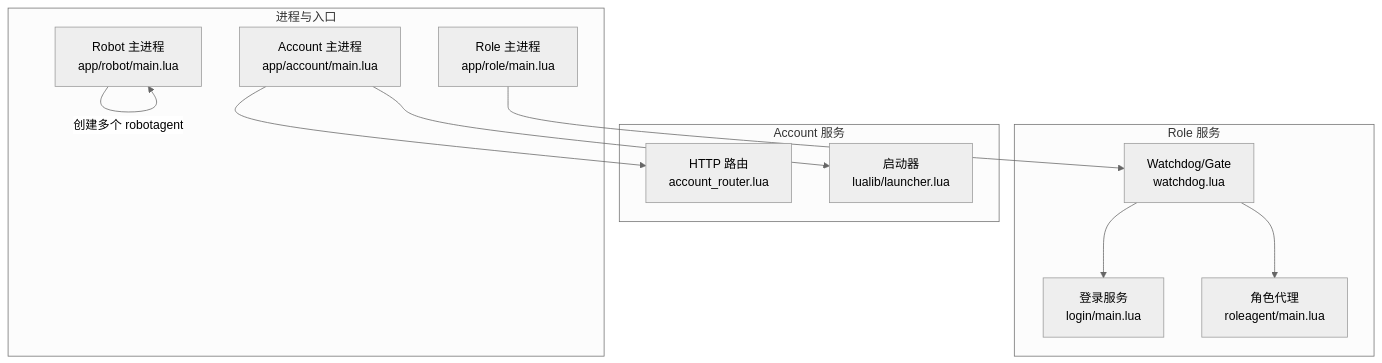
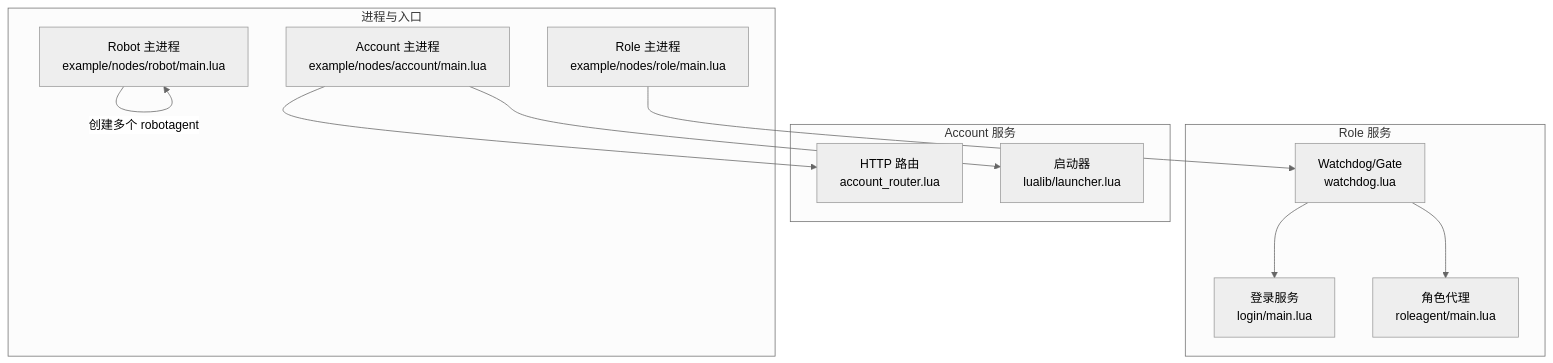
One commit to hanxi/skyext changed the first of 5 diagrams in docs/repowiki/zh/content/服务模块/服务模块.md. Above: the diagram before and after it, drawn with Mermaid (neutral theme). The commit also changed other lines of this file and 117 other files, not shown here.

````diff
--- a/docs/repowiki/zh/content/服务模块/服务模块.md
+++ b/docs/repowiki/zh/content/服务模块/服务模块.md
@@ -45,23 +45,23 @@
 ```mermaid
 graph TB
 subgraph "进程与入口"
-A["Account 主进程<br/>app/account/main.lua"]
-B["Role 主进程<br/>app/role/main.lua"]
-C["Robot 主进程<br/>app/robot/main.lua"]
+A["Account 主进程<br/>example/nodes/account/main.lua"]
+B["Role 主进程<br/>example/nodes/role/main.lua"]
+C["Robot 主进程<br/>example/nodes/robot/main.lua"]
 end
 subgraph "Account 服务"
 AR["HTTP 路由<br/>account_router.lua"]
 L["启动器<br/>lualib/launcher.lua"]
 end
 subgraph "Role 服务"
 W["Watchdog/Gate<br/>watchdog.lua"]
 LG["登录服务<br/>login/main.lua"]
 RA["角色代理<br/>roleagent/main.lua"]
 end
 A --> AR
 A --> L
 B --> W
 W --> LG
 W --> RA
 C --> |"创建多个 robotagent"| C
 ```
````
